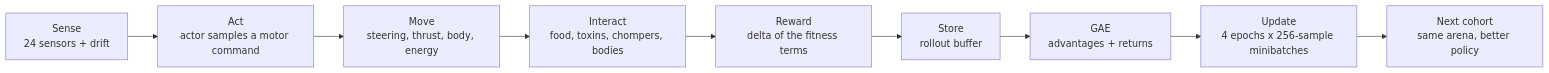
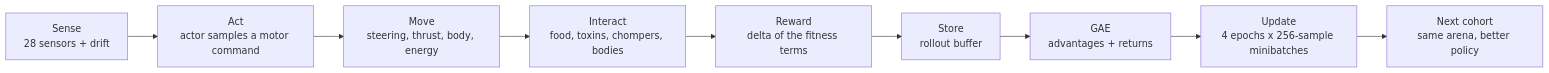
The diagram in README.md (abanerjee84/HELMINTH-PPO), drawn with Mermaid before and after one commit. The commit also changed other lines of this file and 14 other files, not shown here.

````diff
--- a/README.md
+++ b/README.md
@@ -141,11 +143,11 @@
 ```mermaid
 flowchart LR
-    A["Sense<br/>24 sensors + drift"] --> B["Act<br/>actor samples a motor command"]
+    A["Sense<br/>28 sensors + drift"] --> B["Act<br/>actor samples a motor command"]
     B --> C["Move<br/>steering, thrust, body, energy"]
     C --> D["Interact<br/>food, toxins, chompers, bodies"]
     D --> E["Reward<br/>delta of the fitness terms"]
     E --> F["Store<br/>rollout buffer"]
     F --> G["GAE<br/>advantages + returns"]
     G --> H["Update<br/>4 epochs x 256-sample minibatches"]
     H --> I["Next cohort<br/>same arena, better policy"]
 ```
````
